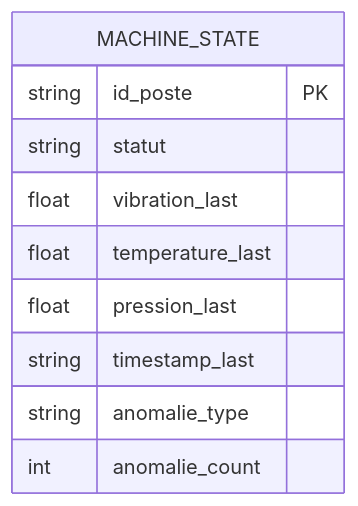
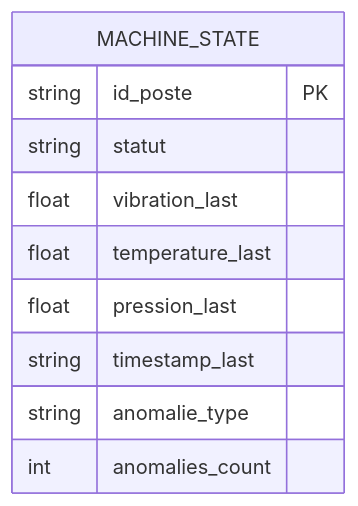
The fifth of 7 diagrams in docs/architecture/components.md (lansanconde/smart-assembly-line), drawn with Mermaid before and after one commit. The commit also changed other lines of this file and 10 other files, not shown here.

````diff
--- a/docs/architecture/components.md
+++ b/docs/architecture/components.md
@@ -157,13 +205,13 @@
 ```mermaid
 erDiagram
     MACHINE_STATE {
         string id_poste PK
         string statut
-        float vibration_last
-        float temperature_last
-        float pression_last
+        float  vibration_last
+        float  temperature_last
+        float  pression_last
         string timestamp_last
         string anomalie_type
-        int anomalie_count
+        int    anomalies_count
     }
 ```
````
